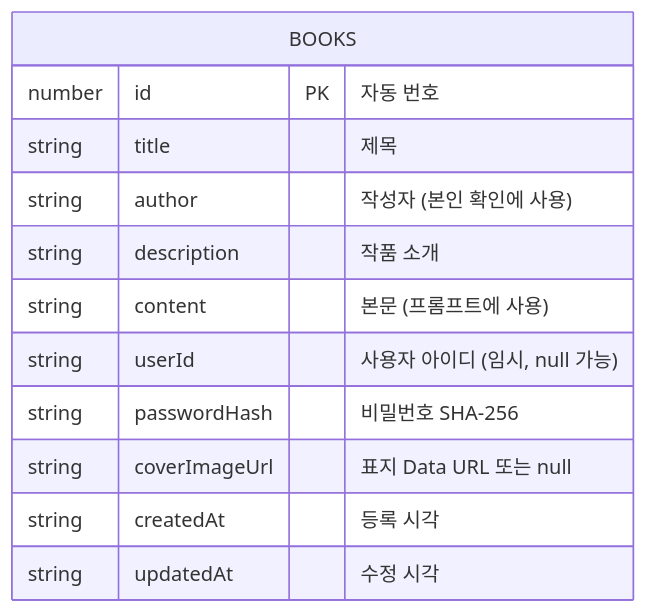
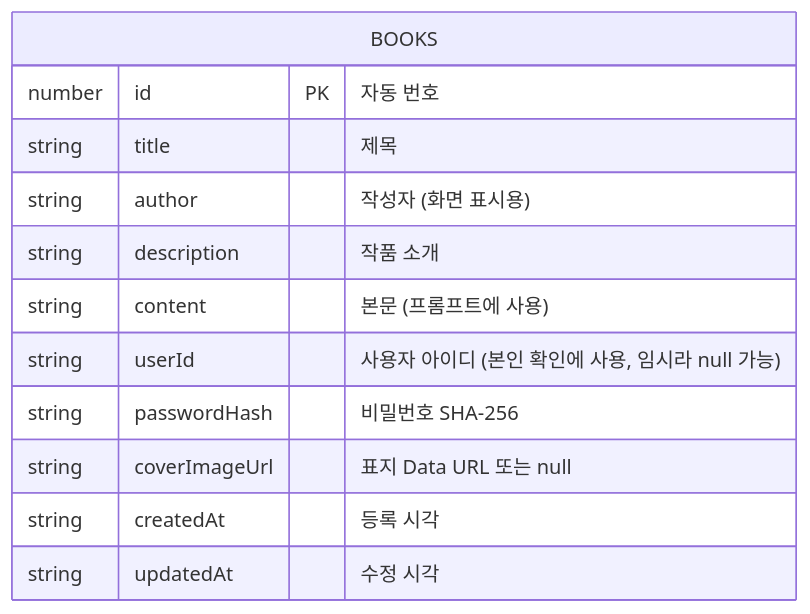
One commit to J4BEZ/author-walk changed the second of 2 diagrams in docs/API.md. Above: the diagram before and after it, drawn with Mermaid. The commit also changed other lines of this file and 6 other files, not shown here.

Commit message:
[feat] 작성글 수정시 '작성자'가 아니라 'userId'를 검증에 사용하도록 변경

````diff
--- a/docs/API.md
+++ b/docs/API.md
@@ -49,15 +49,15 @@
 ```mermaid
 erDiagram
     BOOKS {
         number id PK "자동 번호"
         string title "제목"
-        string author "작성자 (본인 확인에 사용)"
+        string author "작성자 (화면 표시용)"
         string description "작품 소개"
         string content "본문 (프롬프트에 사용)"
-        string userId "사용자 아이디 (임시, null 가능)"
+        string userId "사용자 아이디 (본인 확인에 사용, 임시라 null 가능)"
         string passwordHash "비밀번호 SHA-256"
         string coverImageUrl "표지 Data URL 또는 null"
         string createdAt "등록 시각"
         string updatedAt "수정 시각"
     }
 ```
````
